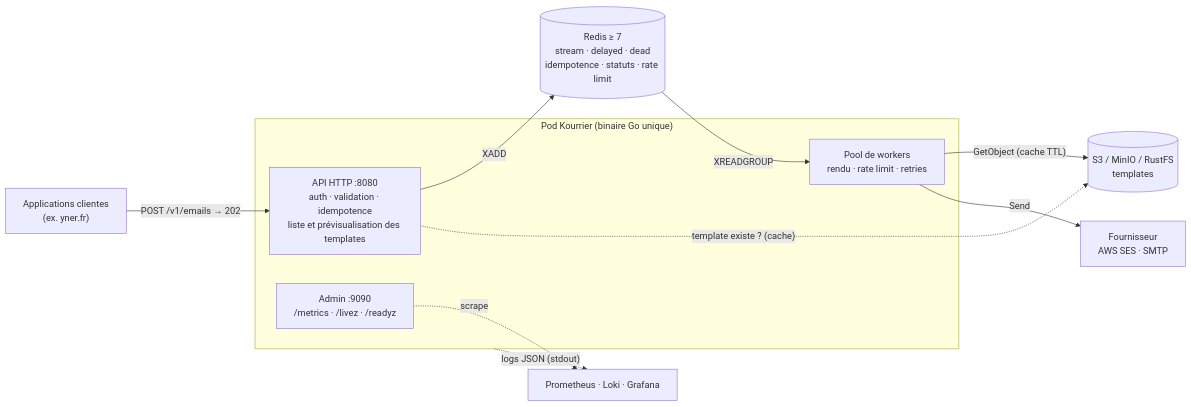
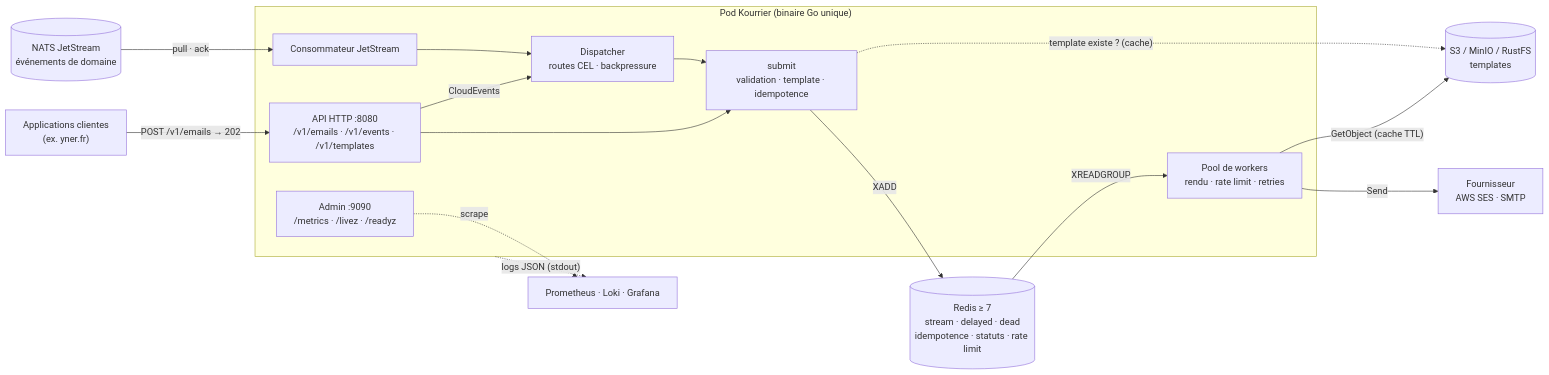
Before and after one commit to theo-mrn/Kourrier: the first of 2 diagrams in docs/architecture.md, drawn with Mermaid. The commit also changed other lines of this file and 5 other files, not shown here.

````diff
--- a/docs/architecture.md
+++ b/docs/architecture.md
@@ -5,24 +7,33 @@
 ```mermaid
 flowchart LR
     client["Applications clientes<br/>(ex. yner.fr)"]
+    bus[("NATS JetStream<br/>événements de domaine")]
 
     subgraph pod["Pod Kourrier (binaire Go unique)"]
-        api["API HTTP :8080<br/>auth · validation · idempotence<br/>liste et prévisualisation des templates"]
+        api["API HTTP :8080<br/>/v1/emails · /v1/events · /v1/templates"]
+        cons["Consommateur JetStream"]
+        disp["Dispatcher<br/>routes CEL · backpressure"]
+        submit["submit<br/>validation · template · idempotence"]
         workers["Pool de workers<br/>rendu · rate limit · retries"]
         admin["Admin :9090<br/>/metrics · /livez · /readyz"]
     end
 
     redis[("Redis ≥ 7<br/>stream · delayed · dead<br/>idempotence · statuts · rate limit")]
     s3[("S3 / MinIO / RustFS<br/>templates")]
     provider["Fournisseur<br/>AWS SES · SMTP"]
     obs["Prometheus · Loki · Grafana"]
 
     client -- "POST /v1/emails → 202" --> api
-    api -- "XADD" --> redis
+    bus -- "pull · ack" --> cons
+    api -- "CloudEvents" --> disp
+    cons --> disp
+    api --> submit
+    disp --> submit
+    submit -- "XADD" --> redis
     redis -- "XREADGROUP" --> workers
     workers -- "GetObject (cache TTL)" --> s3
-    api -. "template existe ? (cache)" .-> s3
+    submit -. "template existe ? (cache)" .-> s3
     workers -- "Send" --> provider
     admin -. scrape .-> obs
     pod -. "logs JSON (stdout)" .-> obs
 ```
````
